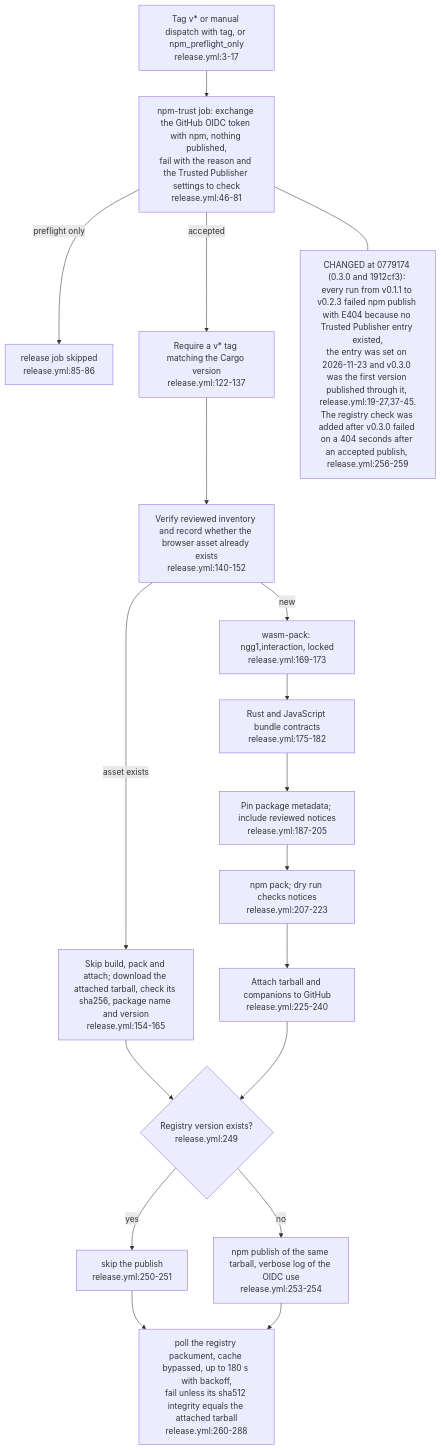
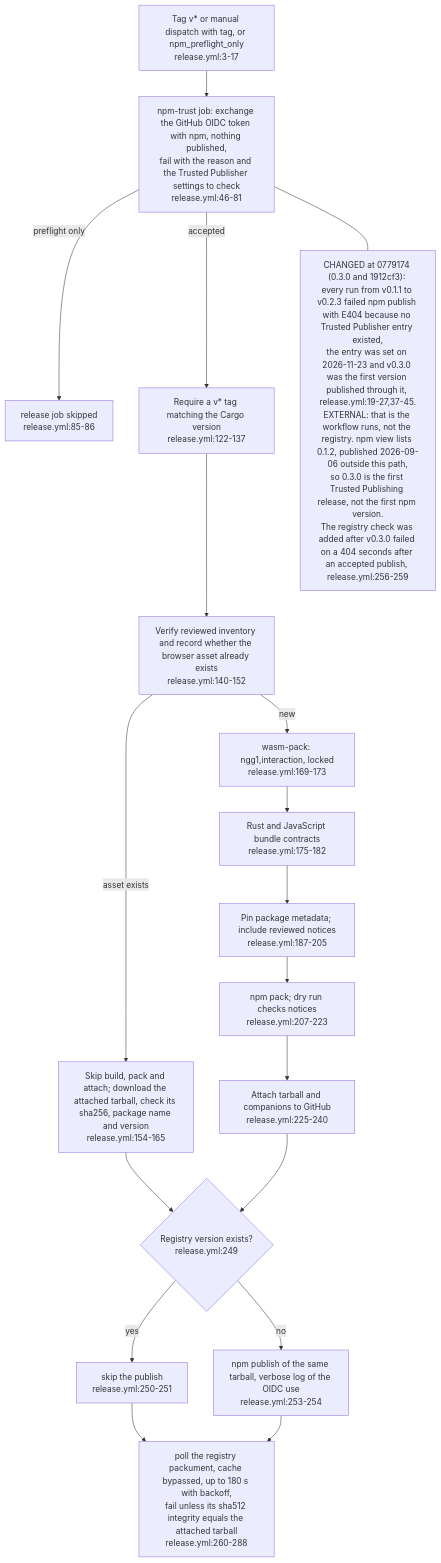
Before and after one commit to DreamLab-AI/VisionFlow: the third of 6 diagrams in docs/diagrams/vowl-wasm/05-build-test-bench-and-publish.md, drawn with Mermaid. The commit also changed 1 other file, not shown here.

Commit message:
docs(diagrams): qualify the vowl-wasm npm history and OM-14 consumers
VW-05.3: the E404 history is the release workflow's; the registry also
lists 0.1.2 (2026-09-06), so 0.3.0 is the first Trusted Publishing
release, not the first npm version. OM-14.3: WasmVOWL is a 0.4.0
consumer alongside ontomark-obsidian.

````diff
--- a/docs/diagrams/vowl-wasm/05-build-test-bench-and-publish.md
+++ b/docs/diagrams/vowl-wasm/05-build-test-bench-and-publish.md
@@ -71,21 +71,21 @@
 ```mermaid
 flowchart TB
     TAG["Tag v* or manual dispatch with tag, or npm_preflight_only<br/>release.yml:3-17"] --> TRUST["npm-trust job: exchange the GitHub OIDC token with npm, nothing published,<br/>fail with the reason and the Trusted Publisher settings to check<br/>release.yml:46-81"]
     TRUST -->|"preflight only"| STOP["release job skipped<br/>release.yml:85-86"]
     TRUST -->|"accepted"| CHECK["Require a v* tag matching the Cargo version<br/>release.yml:122-137"]
     CHECK --> VERIFY["Verify reviewed inventory and record whether the browser asset already exists<br/>release.yml:140-152"]
     VERIFY -->|asset exists| REUSE["Skip build, pack and attach; download the attached tarball, check its sha256, package name and version<br/>release.yml:154-165"]
     VERIFY -->|new| BUILD["wasm-pack: ngg1,interaction, locked<br/>release.yml:169-173"]
     REUSE --> EXISTS
     BUILD --> GATE["Rust and JavaScript bundle contracts<br/>release.yml:175-182"]
     GATE --> PIN["Pin package metadata; include reviewed notices<br/>release.yml:187-205"]
     PIN --> PACK["npm pack; dry run checks notices<br/>release.yml:207-223"]
     PACK --> REL["Attach tarball and companions to GitHub<br/>release.yml:225-240"]
     REL --> EXISTS{"Registry version exists?<br/>release.yml:249"}
     EXISTS -->|yes| SKIP["skip the publish<br/>release.yml:250-251"]
     EXISTS -->|no| NPM["npm publish of the same tarball, verbose log of the OIDC use<br/>release.yml:253-254"]
     SKIP --> SERVE
     NPM --> SERVE["poll the registry packument, cache bypassed, up to 180 s with backoff,<br/>fail unless its sha512 integrity equals the attached tarball<br/>release.yml:260-288"]
-    N1["CHANGED at 0779174 (0.3.0 and 1912cf3): every run from v0.1.1 to v0.2.3 failed npm publish with E404 because no Trusted Publisher entry existed,<br/>the entry was set on 2026-11-23 and v0.3.0 was the first version published through it, release.yml:19-27,37-45.<br/>The registry check was added after v0.3.0 failed on a 404 seconds after an accepted publish, release.yml:256-259"]
+    N1["CHANGED at 0779174 (0.3.0 and 1912cf3): every run from v0.1.1 to v0.2.3 failed npm publish with E404 because no Trusted Publisher entry existed,<br/>the entry was set on 2026-11-23 and v0.3.0 was the first version published through it, release.yml:19-27,37-45.<br/>EXTERNAL: that is the workflow runs, not the registry. npm view lists 0.1.2, published 2026-09-06 outside this path,<br/>so 0.3.0 is the first Trusted Publishing release, not the first npm version.<br/>The registry check was added after v0.3.0 failed on a 404 seconds after an accepted publish, release.yml:256-259"]
     TRUST --- N1
 ```
````
